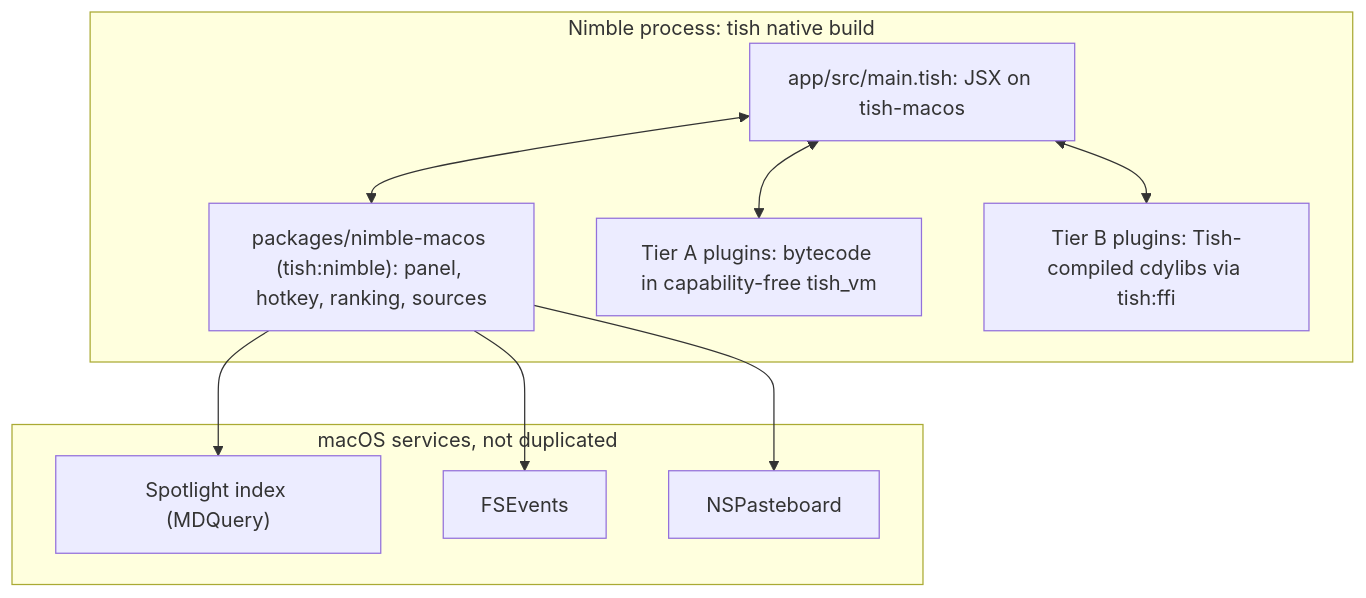
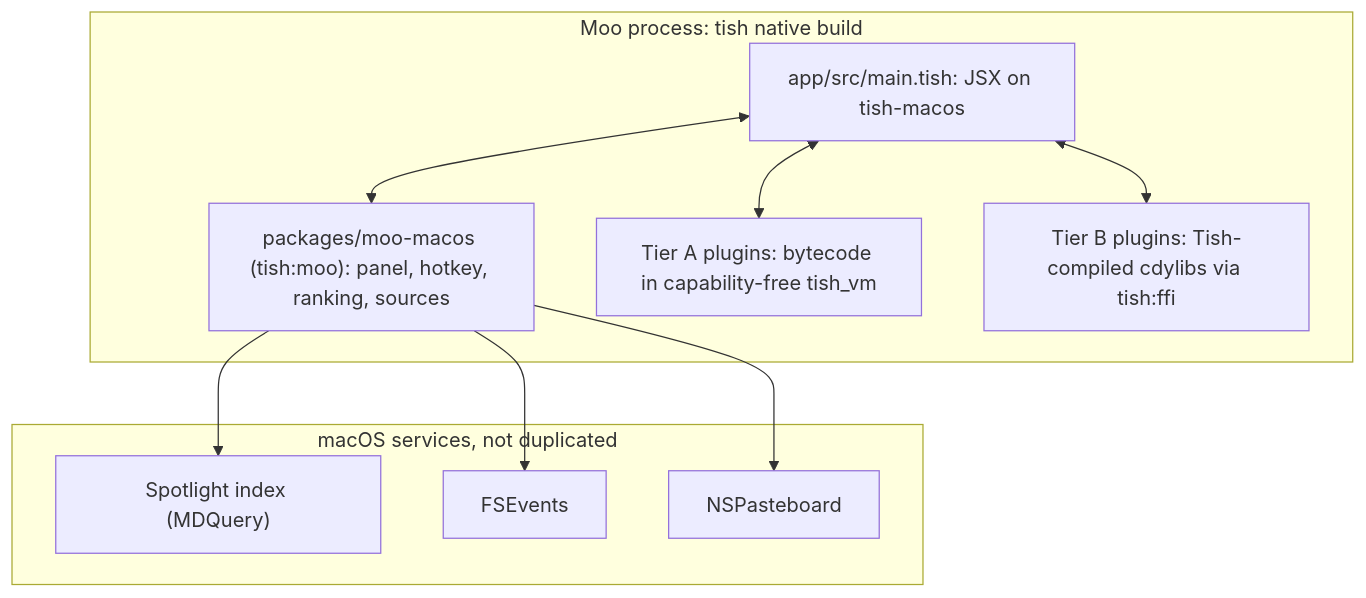
One commit to moomoi/moo changed the diagram in docs/architecture.md. Above: the diagram before and after it, drawn with Mermaid. The commit also changed other lines of this file and 66 other files, not shown here.

````diff
--- a/docs/architecture.md
+++ b/docs/architecture.md
@@ -8,20 +8,20 @@
 ```mermaid
 flowchart TB
-  subgraph host [Nimble process: tish native build]
+  subgraph host [Moo process: tish native build]
     Shell["app/src/main.tish: JSX on tish-macos"]
-    Natives["packages/nimble-macos (tish:nimble): panel, hotkey, ranking, sources"]
+    Natives["packages/moo-macos (tish:moo): panel, hotkey, ranking, sources"]
     VM["Tier A plugins: bytecode in capability-free tish_vm"]
     Native["Tier B plugins: Tish-compiled cdylibs via tish:ffi"]
   end
   subgraph os [macOS services, not duplicated]
     Spotlight["Spotlight index (MDQuery)"]
     FSE["FSEvents"]
     PB["NSPasteboard"]
   end
   Shell <--> Natives
   Shell <--> VM
   Shell <--> Native
   Natives --> Spotlight
   Natives --> FSE
   Natives --> PB
 ```
````
